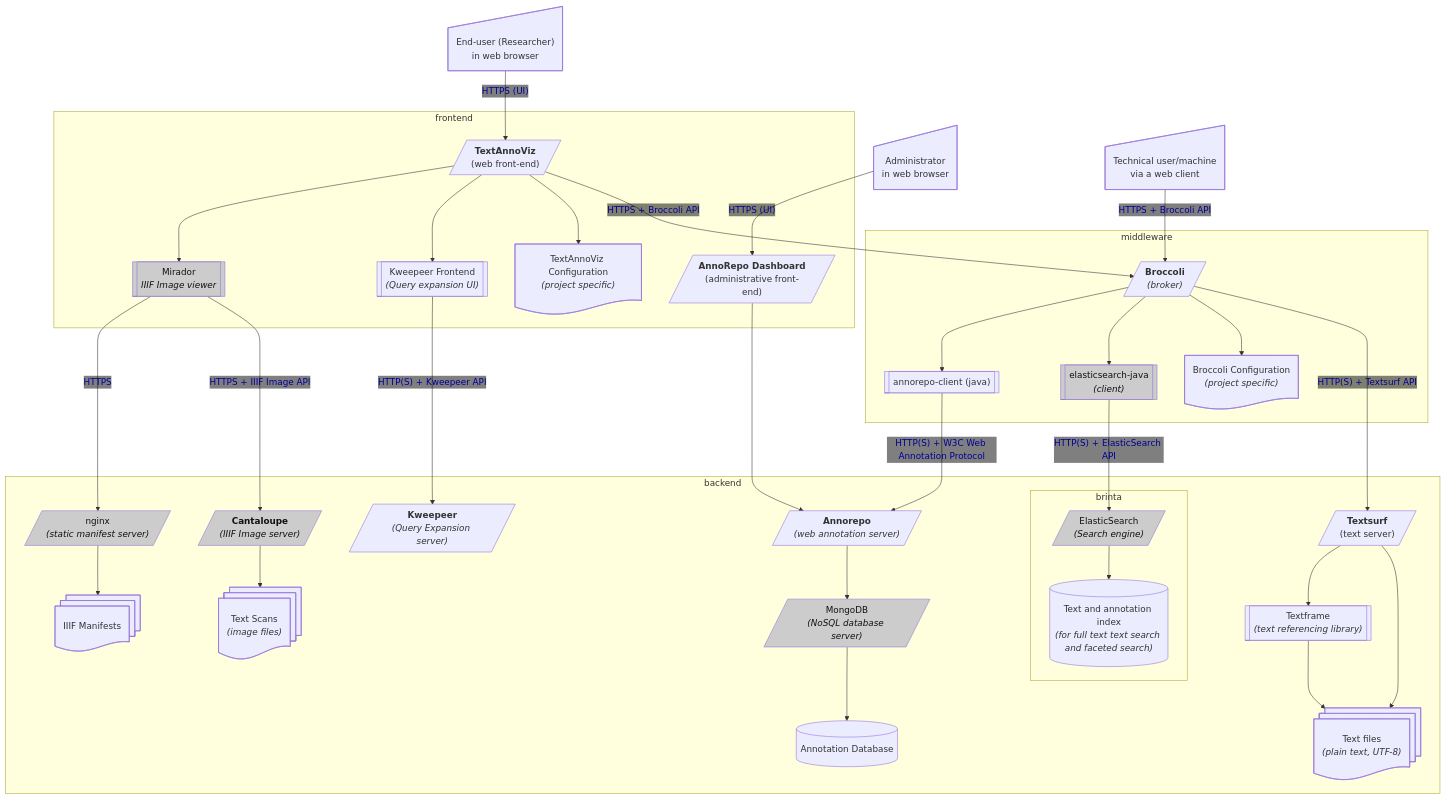
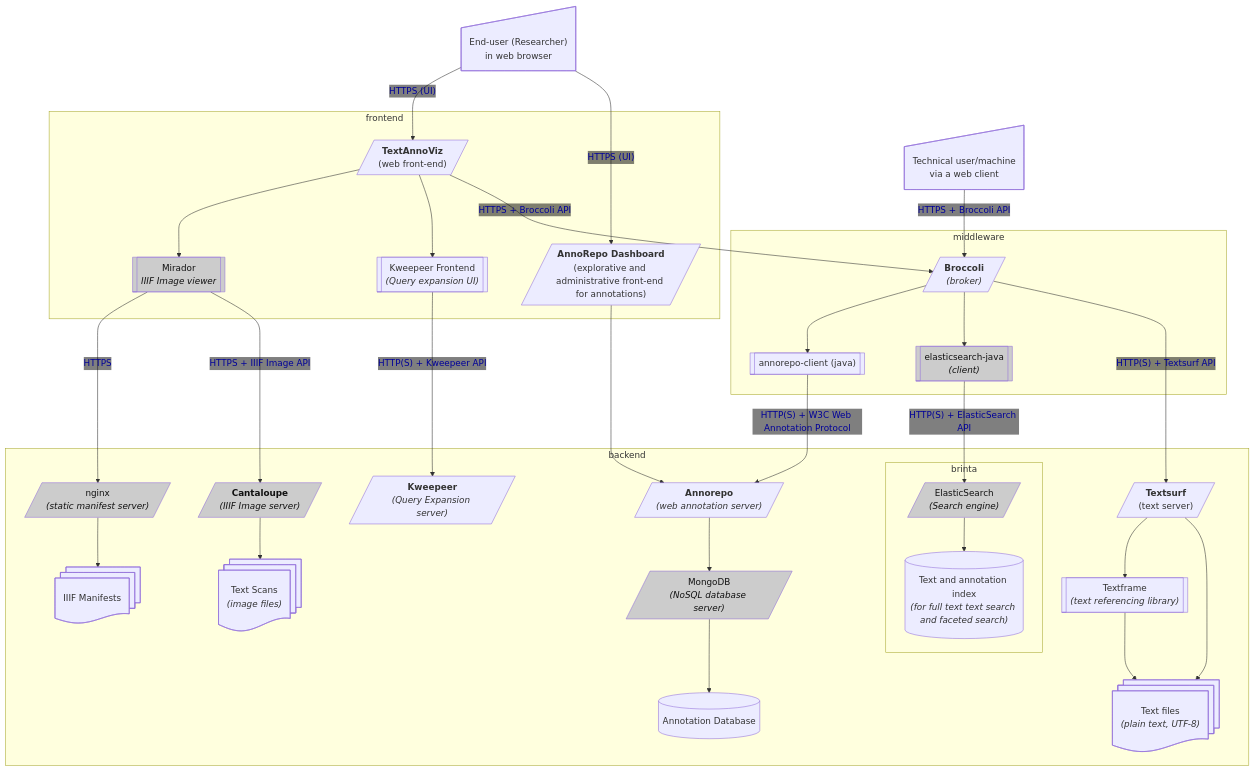
Before and after one commit to knaw-huc/tt-architecture: the second of 5 diagrams in README.md, drawn with Mermaid. The commit also changed other lines of this file, not shown here.

Commit message:
configuration files are left implied, not explicit

```diff
--- a/README.md
+++ b/README.md
@@ -135,8 +129,7 @@
 
     user@{ shape: sl-rect, label: "End-user (Researcher)<br>in web browser"}
     user -- "HTTPS (UI)" --> textannoviz
-    administrator@{ shape: sl-rect, label: "Administrator<br>in web browser"}
-    administrator -- "HTTPS (UI)" --> annorepodashboard
+    user -- "HTTPS (UI)" --> annorepodashboard
     subgraph frontend
         textannoviz[/"<b>TextAnnoViz</b><br>(web front-end)"/]
         mirador@{shape: subproc, label: "Mirador<br><i>IIIF Image viewer</i>"}
@@ -144,10 +137,7 @@
         textannoviz --> mirador
         textannoviz --> kweepeerfrontend
 
-        tavconf@{ shape: doc, label: "TextAnnoViz Configuration<br><i>(project specific)</i>"}
-        textannoviz --> tavconf
-
-        annorepodashboard[/"<b>AnnoRepo Dashboard</b><br>(administrative front-end)"/]
+        annorepodashboard[/"<b>AnnoRepo Dashboard</b><br>(explorative and administrative front-end for annotations)"/]
     end
 
     techuser@{ shape: sl-rect, label: "Technical user/machine<br>via a web client"}
@@ -161,10 +151,6 @@
         broccoli_elasticclient@{shape: subproc, label: "elasticsearch-java<br><i>(client)</i>"}
         broccoli --> broccoli_annorepoclient 
         broccoli --> broccoli_elasticclient 
-
-        broccoli --> brocconf
-        brocconf@{ shape: doc, label: "Broccoli Configuration<br><i>(project specific)</i>"}
-
     end
 
 
```
